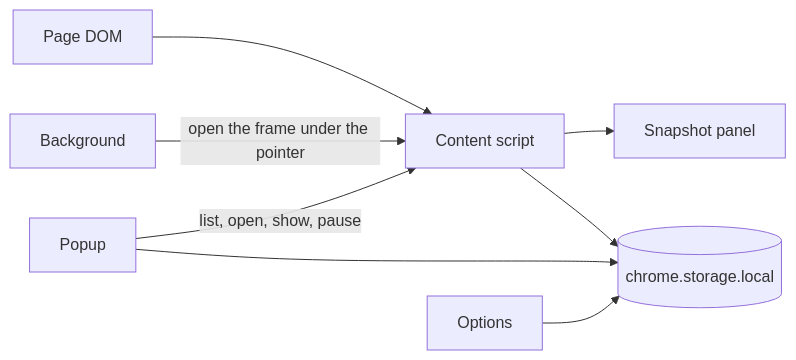
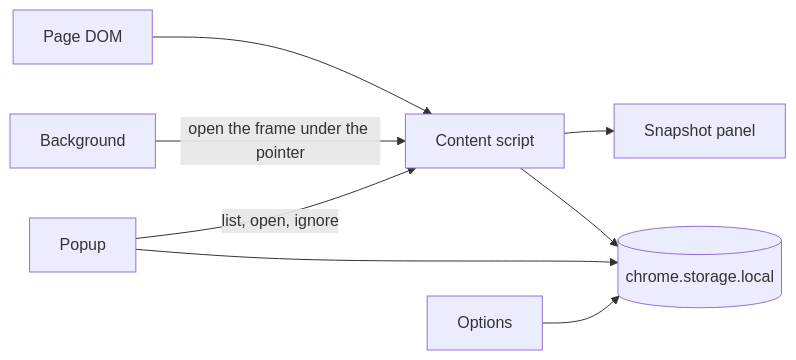
Before and after one commit to michalbcz/ilovetables: the diagram in ARCHITECTURE.md, drawn with Mermaid. The commit also changed other lines of this file and 20 other files, not shown here.

````diff
--- a/ARCHITECTURE.md
+++ b/ARCHITECTURE.md
@@ -9,17 +9,17 @@
 ```mermaid
 flowchart LR
   page[Page DOM]
   content[Content script]
   panel[Snapshot panel]
   bg[Background]
   popup[Popup]
   options[Options]
   store[(chrome.storage.local)]
   page --> content
   content --> panel
   bg -->|"open the frame under the pointer"| content
-  popup -->|"list, open, show, pause"| content
+  popup -->|"list, open, ignore"| content
   content --> store
   popup --> store
   options --> store
 ```
````
